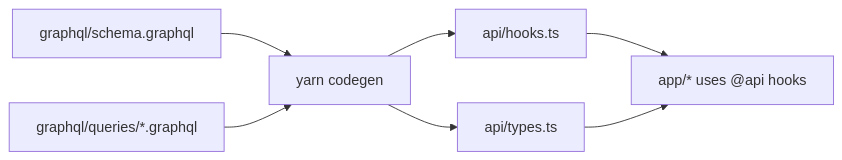
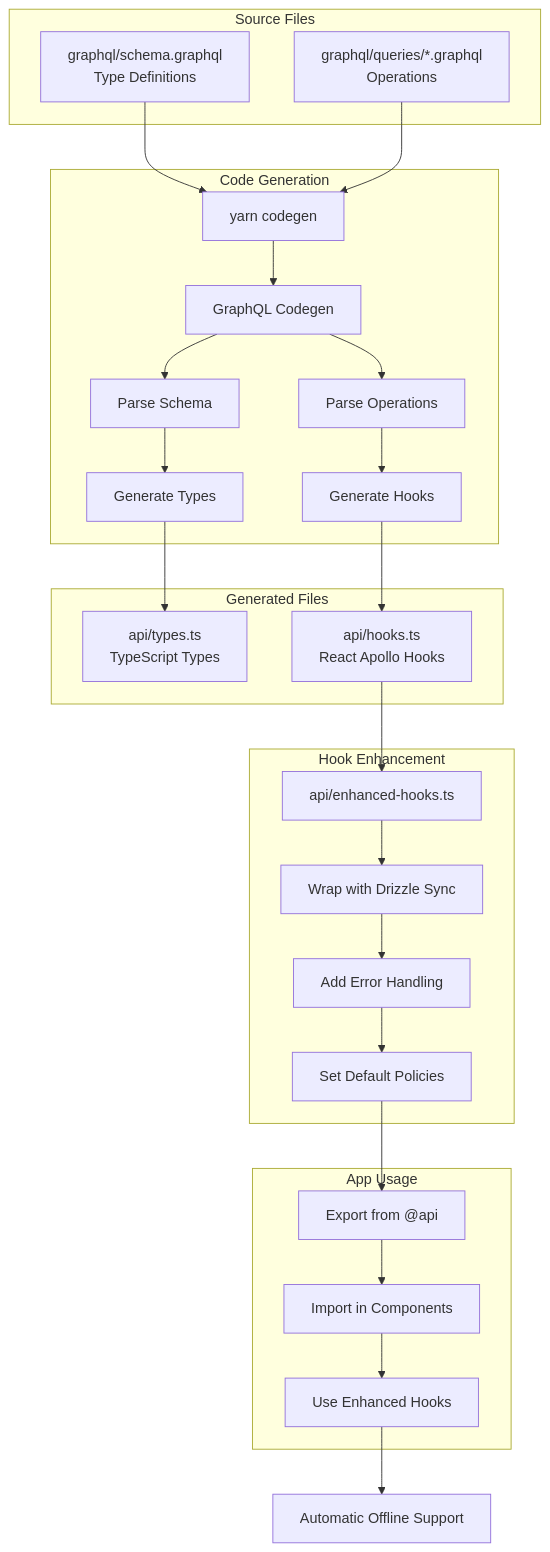
One commit to mehotkhan/safarnak.app changed the ninth of 11 diagrams in README.md. Above: the diagram before and after it, drawn with Mermaid. The commit also changed other lines of this file and 30 other files, not shown here.

First line of the commit message:
feat: enhance error handling, fix offline status, and add comprehensive architecture docs

````diff
--- a/README.md
+++ b/README.md
@@ -143,16 +438,37 @@
 ```mermaid
-flowchart LR
-  SCHEMA["graphql/schema.graphql"]
-  OPS["graphql/queries/*.graphql"]
-  CODEGEN["yarn codegen"]
-  TYPES["api/types.ts"]
-  HOOKS["api/hooks.ts"]
-  APP["app/* uses @api hooks"]
+flowchart TB
+  subgraph Input["Source Files"]
+    I1["graphql/schema.graphql<br/>Type Definitions"]
+    I2["graphql/queries/*.graphql<br/>Operations"]
+  end
 
-  SCHEMA --> CODEGEN
-  OPS --> CODEGEN
-  CODEGEN --> TYPES
-  CODEGEN --> HOOKS
-  HOOKS --> APP
-  TYPES --> APP
+  subgraph Codegen["Code Generation"]
+    C1["yarn codegen"] --> C2["GraphQL Codegen"]
+    C2 --> C3["Parse Schema"]
+    C2 --> C4["Parse Operations"]
+    C3 --> C5["Generate Types"]
+    C4 --> C6["Generate Hooks"]
+  end
+
+  subgraph Output["Generated Files"]
+    C5 --> O1["api/types.ts<br/>TypeScript Types"]
+    C6 --> O2["api/hooks.ts<br/>React Apollo Hooks"]
+  end
+
+  subgraph Enhancement["Hook Enhancement"]
+    O2 --> E1["api/enhanced-hooks.ts"]
+    E1 --> E2["Wrap with Drizzle Sync"]
+    E2 --> E3["Add Error Handling"]
+    E3 --> E4["Set Default Policies"]
+  end
+
+  subgraph Usage["App Usage"]
+    E4 --> U1["Export from @api"]
+    U1 --> U2["Import in Components"]
+    U2 --> U3["Use Enhanced Hooks"]
+  end
+
+  I1 --> C1
+  I2 --> C1
+  U3 --> U4["Automatic Offline Support"]
 ```
````
